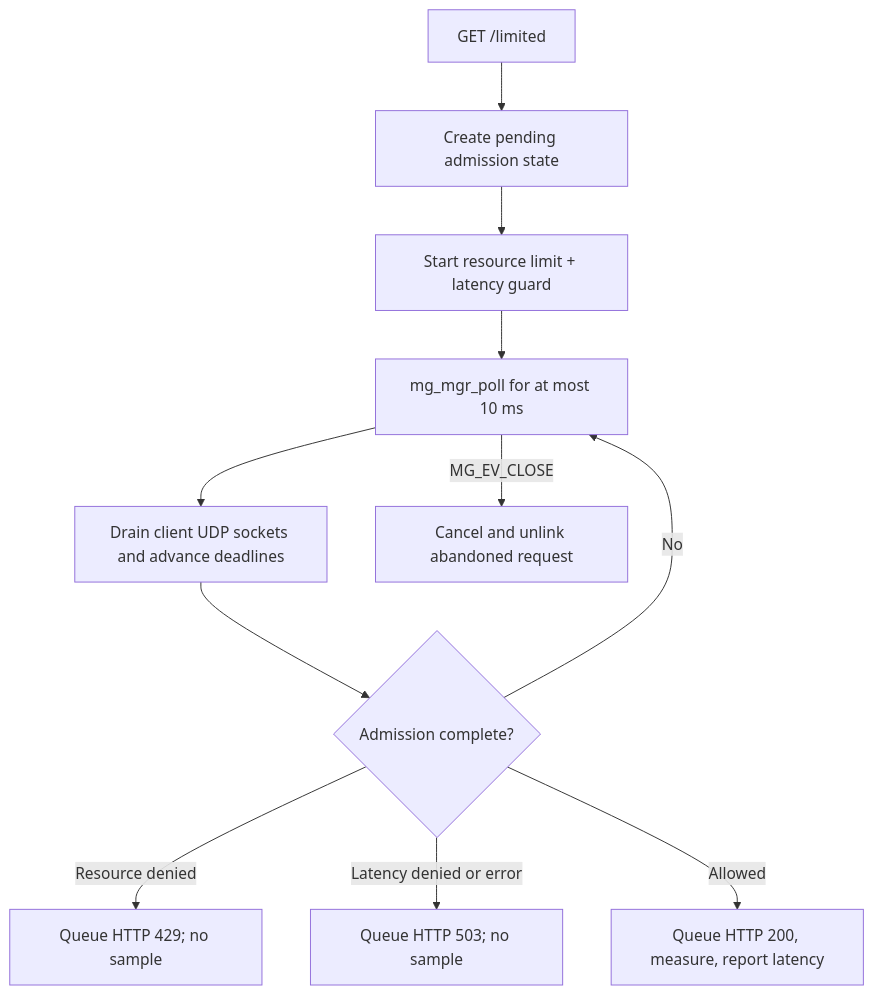
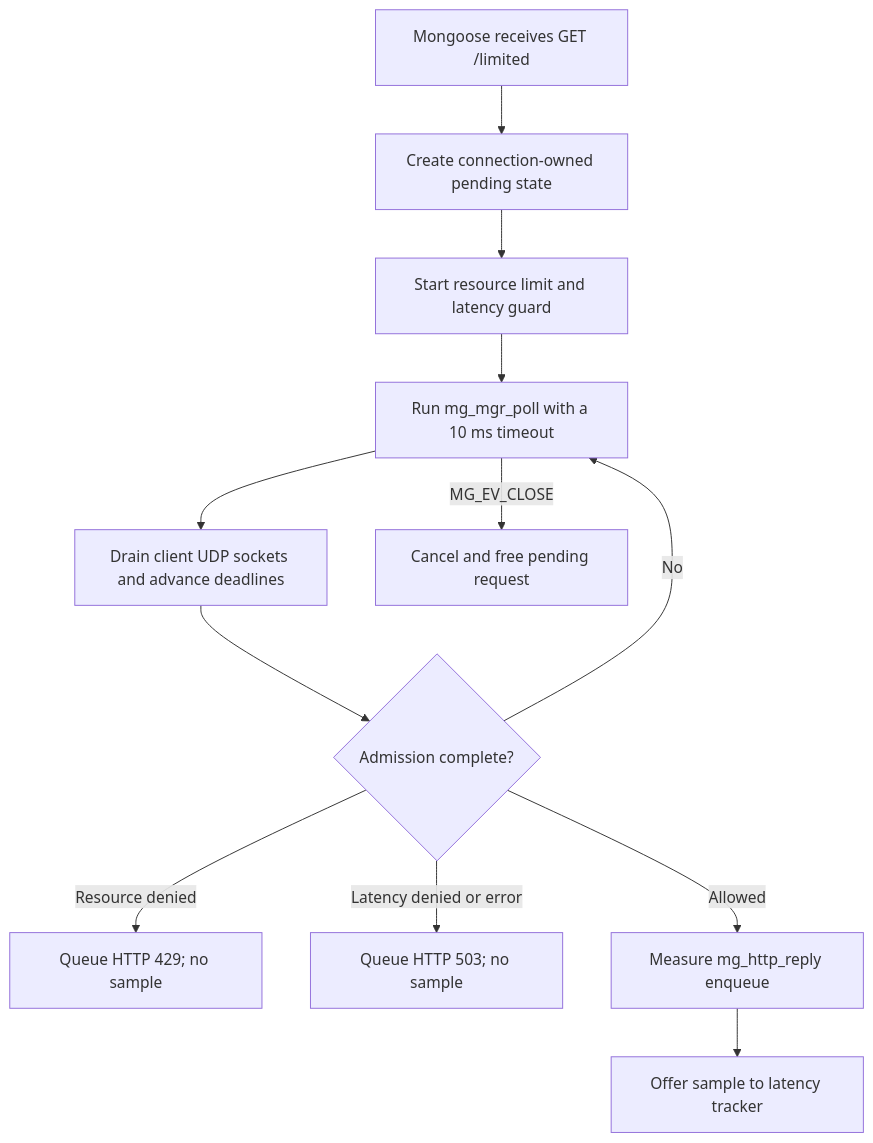
Before and after one commit to ratelimitly-com/rl-c-client: the diagram in examples/mongoose/README.md, drawn with Mermaid. The commit also changed other lines of this file, not shown here.

Commit message:
docs(mongoose): define measured work

````diff
--- a/examples/mongoose/README.md
+++ b/examples/mongoose/README.md
@@ -13,13 +34,14 @@
 ```mermaid
 flowchart TD
-    Request["GET /limited"] --> Pending["Create pending admission state"]
-    Pending --> Start["Start resource limit + latency guard"]
-    Start --> Poll["mg_mgr_poll for at most 10 ms"]
+    Request["Mongoose receives GET /limited"] --> Pending["Create connection-owned pending state"]
+    Pending --> Start["Start resource limit and latency guard"]
+    Start --> Poll["Run mg_mgr_poll with a 10 ms timeout"]
     Poll --> Advance["Drain client UDP sockets and advance deadlines"]
     Advance --> Decision{"Admission complete?"}
     Decision -->|No| Poll
     Decision -->|Resource denied| Rate["Queue HTTP 429; no sample"]
     Decision -->|Latency denied or error| Shed["Queue HTTP 503; no sample"]
-    Decision -->|Allowed| Work["Queue HTTP 200, measure, report latency"]
-    Poll -->|MG_EV_CLOSE| Cancel["Cancel and unlink abandoned request"]
+    Decision -->|Allowed| Measure["Measure mg_http_reply enqueue"]
+    Measure --> Report["Offer sample to latency tracker"]
+    Poll -->|MG_EV_CLOSE| Cancel["Cancel and free pending request"]
 ```
````
